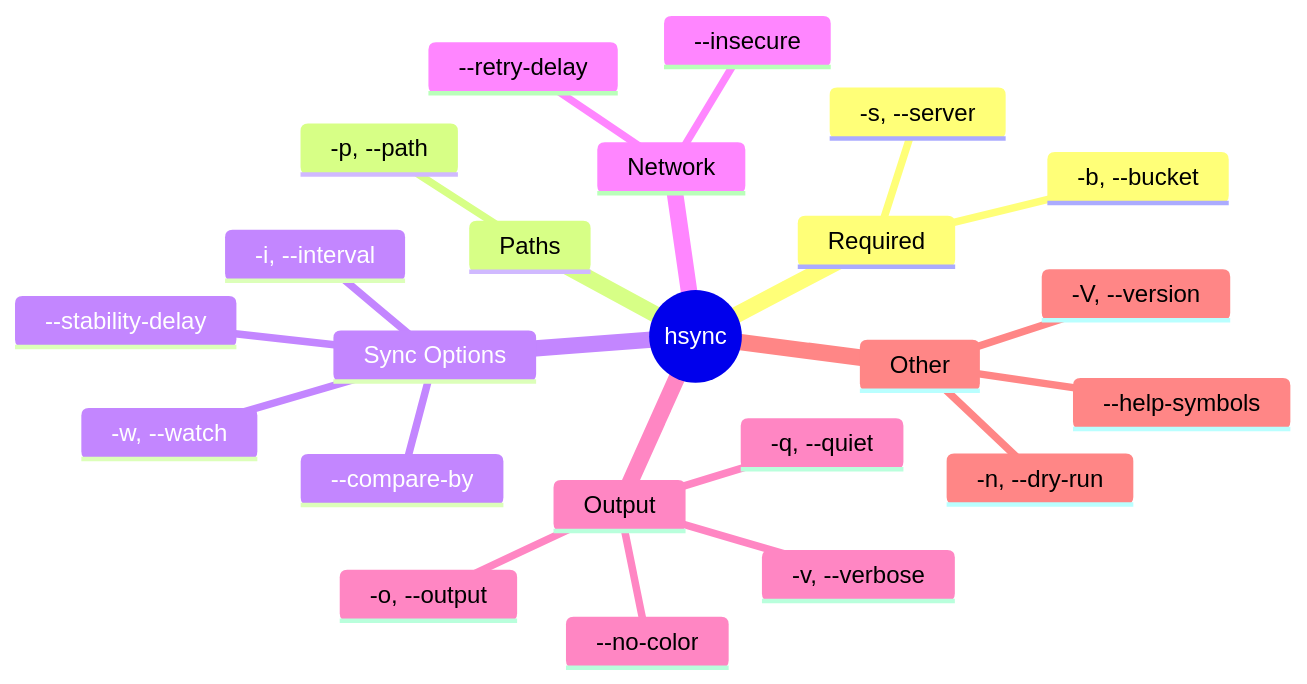
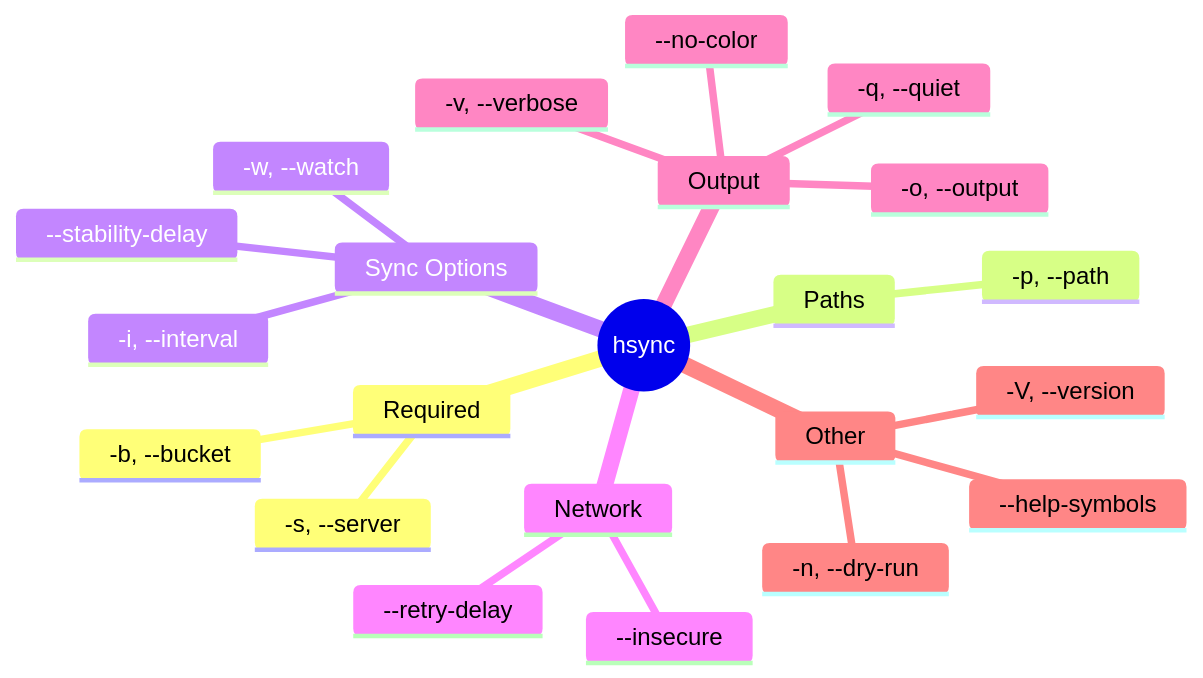
One commit to albertsdk/hsync-client changed the second of 6 diagrams in docs/usage.md. Above: the diagram before and after it, drawn with Mermaid. The commit also changed 15 other files, not shown here.

````diff
--- a/docs/usage.md
+++ b/docs/usage.md
@@ -39,26 +39,25 @@
 ```mermaid
 mindmap
   root((hsync))
     Required
       -s, --server
       -b, --bucket
     Paths
       -p, --path
     Sync Options
       -w, --watch
       -i, --interval
-      --compare-by
       --stability-delay
     Network
       --retry-delay
       --insecure
     Output
       -v, --verbose
       -q, --quiet
       -o, --output
       --no-color
     Other
       -n, --dry-run
       -V, --version
       --help-symbols
 ```
````
